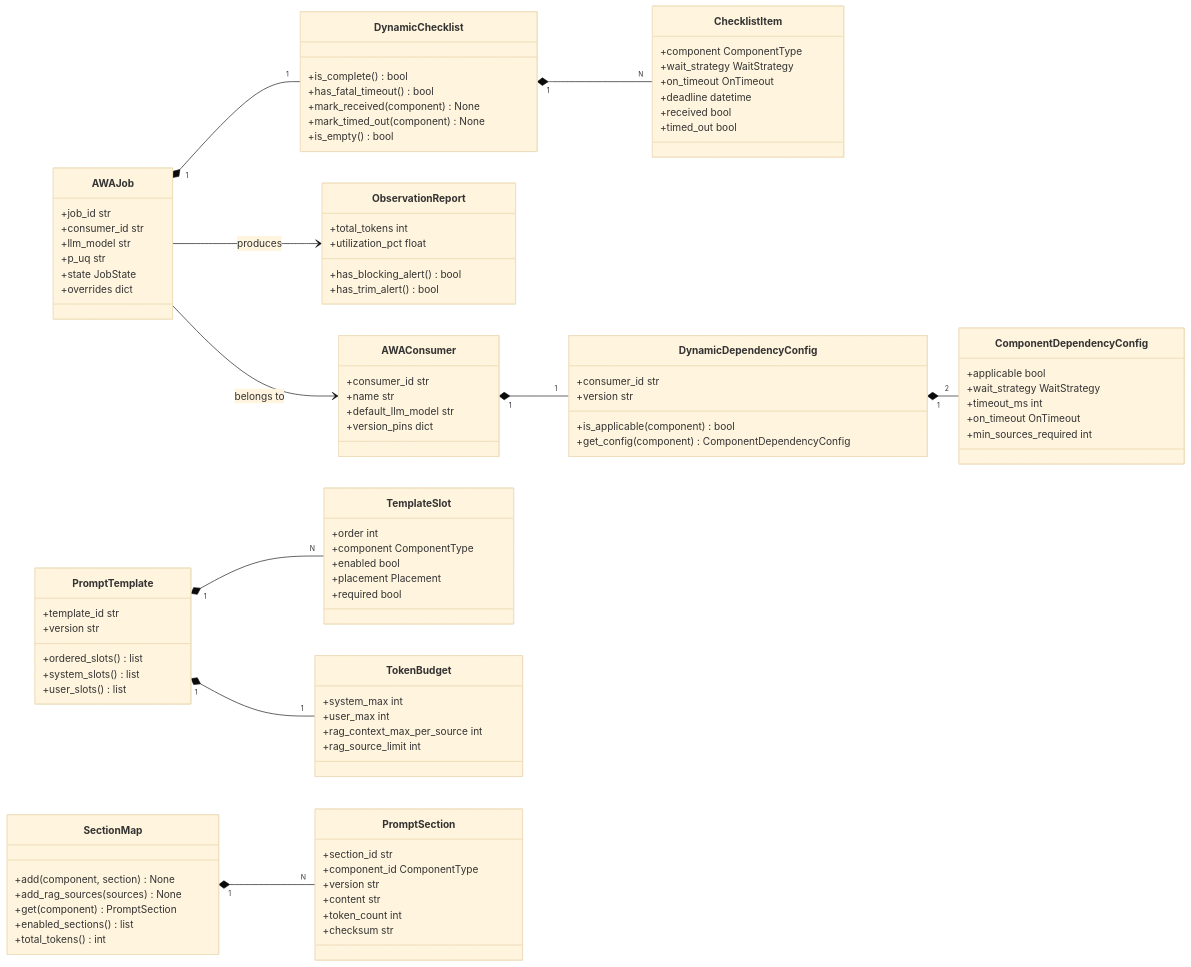
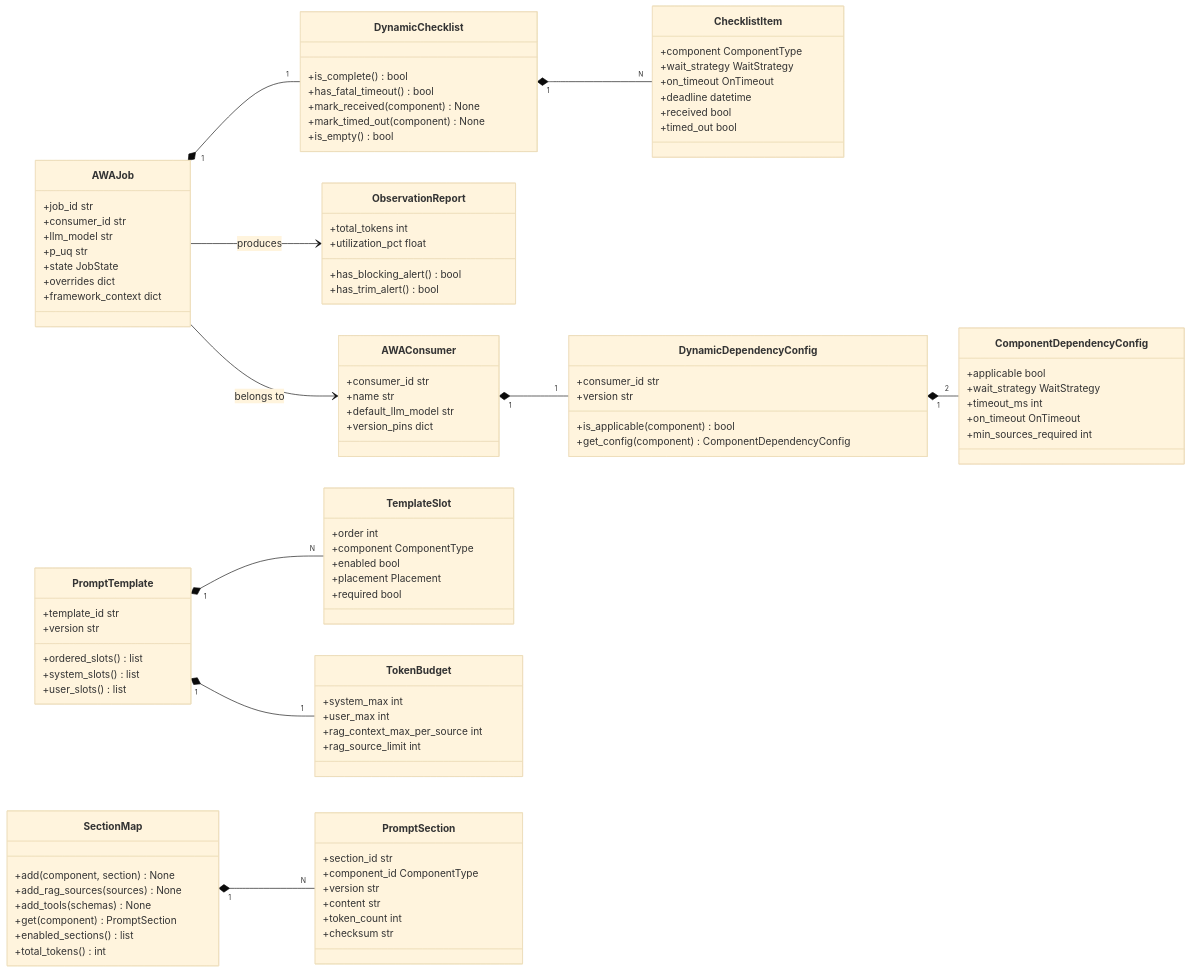
The first of 8 diagrams in AWA_Prompt_Builder_TDD.md (Siddharth2908/Prompt_Builder), drawn with Mermaid (base theme) before and after one commit. The commit also changed other lines of this file, not shown here.

```diff
--- a/AWA_Prompt_Builder_TDD.md
+++ b/AWA_Prompt_Builder_TDD.md
@@ -1050,6 +1484,7 @@
         +p_uq str
         +state JobState
         +overrides dict
+        +framework_context dict
     }
     class DynamicChecklist {
         +is_complete() bool
@@ -1089,6 +1524,7 @@
     class SectionMap {
         +add(component, section) None
         +add_rag_sources(sources) None
+        +add_tools(schemas) None
         +get(component) PromptSection
         +enabled_sections() list
         +total_tokens() int
```
